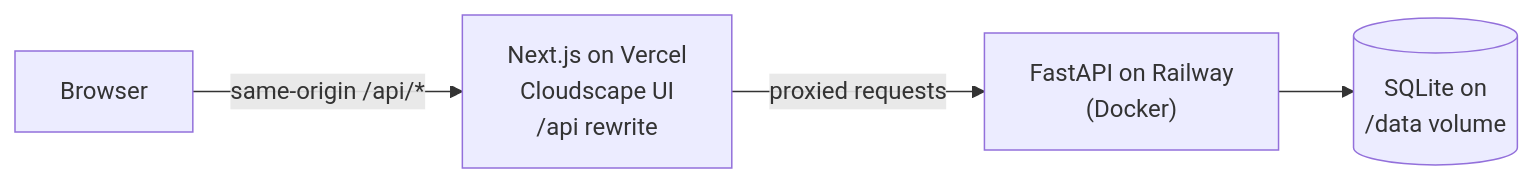
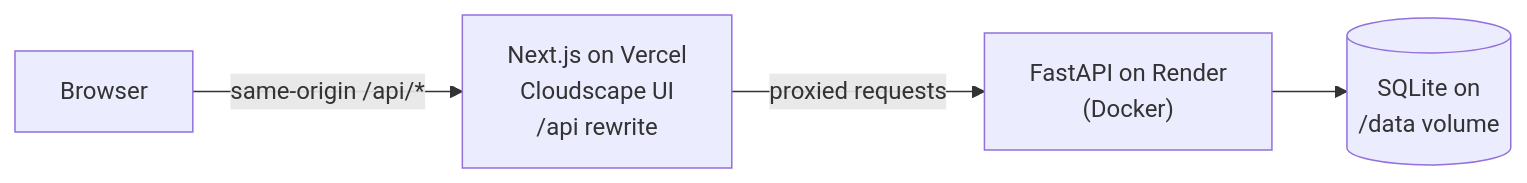
The first of 2 diagrams in README.md (MAHIMAJYOTI/ScalerLabsAWSClone), drawn with Mermaid before and after one commit. The commit also changed other lines of this file, not shown here.

````diff
--- a/README.md
+++ b/README.md
@@ -59,6 +59,6 @@
 ```mermaid
 flowchart LR
     B[Browser] -->|same-origin /api/*| N["Next.js on Vercel<br/>Cloudscape UI<br/>/api rewrite"]
-    N -->|proxied requests| F["FastAPI on Railway<br/>(Docker)"]
+    N -->|proxied requests| F["FastAPI on Render<br/>(Docker)"]
     F --> S[("SQLite on<br/>/data volume")]
 ```
````
